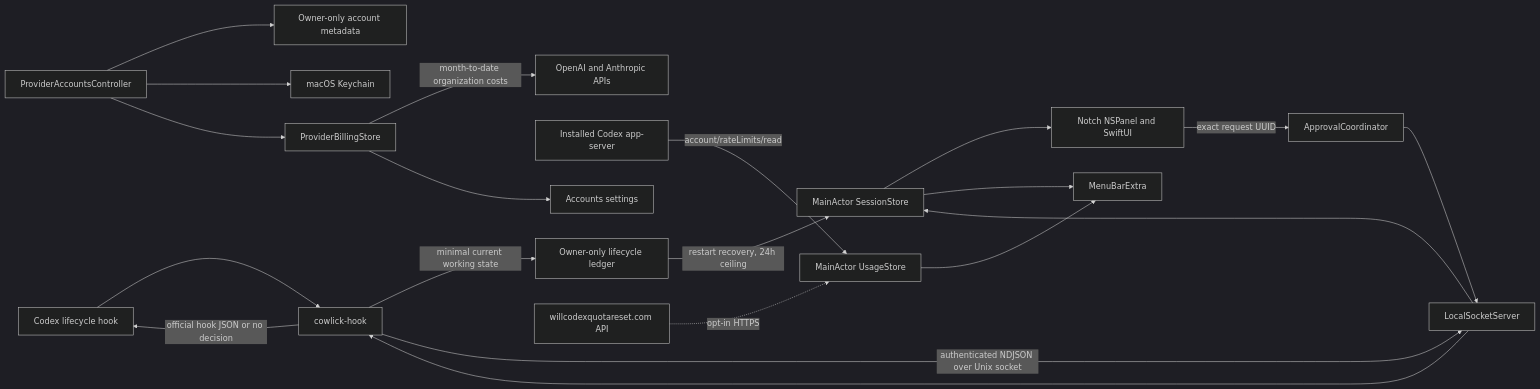
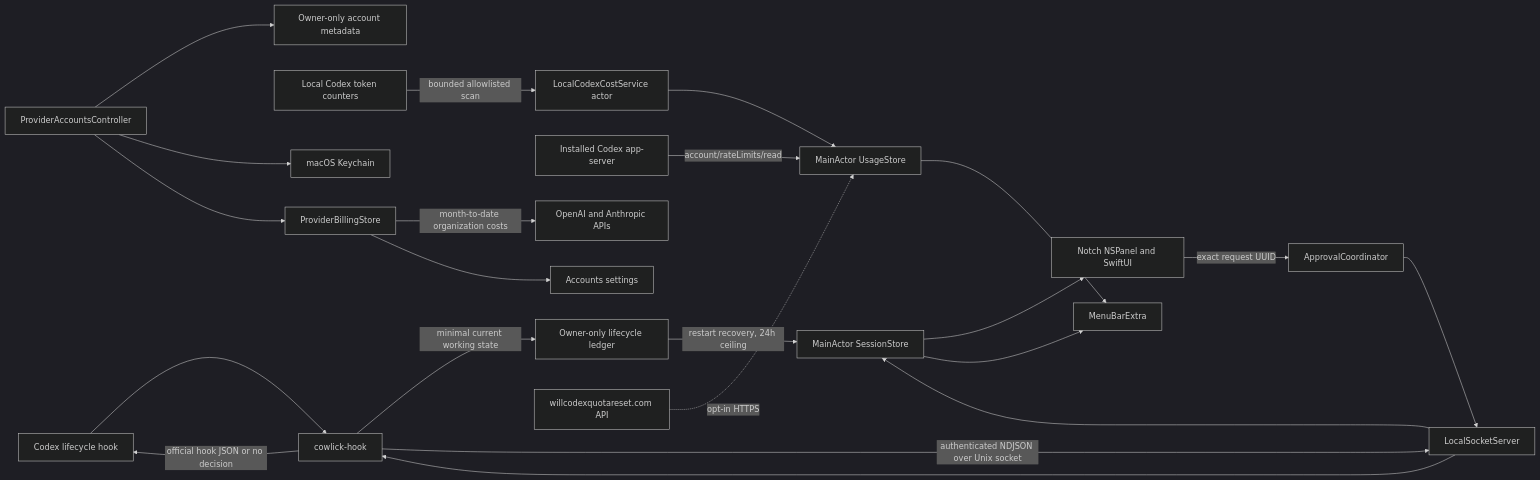
One commit to henryvn27/notchrelay changed the diagram in docs/architecture.md. Above: the diagram before and after it, drawn with Mermaid (dark theme). The commit also changed other lines of this file and 24 other files, not shown here.

````diff
--- a/docs/architecture.md
+++ b/docs/architecture.md
@@ -5,20 +5,22 @@
 ```mermaid
 flowchart LR
     Codex[Codex lifecycle hook] --> Helper[cowlick-hook]
     Helper -->|minimal current working state| Ledger[Owner-only lifecycle ledger]
     Helper -->|authenticated NDJSON over Unix socket| Server[LocalSocketServer]
     Server --> Store[MainActor SessionStore]
     Ledger -->|restart recovery, 24h ceiling| Store
     Store --> Panel[Notch NSPanel and SwiftUI]
     Store --> Menu[MenuBarExtra]
     LocalCodex[Installed Codex app-server] -->|account/rateLimits/read| Usage[MainActor UsageStore]
+    LocalLogs[Local Codex token counters] -->|bounded allowlisted scan| Cost[LocalCodexCostService actor]
+    Cost --> Usage
     Accounts[ProviderAccountsController] --> AccountMetadata[Owner-only account metadata]
     Accounts --> Credentials[macOS Keychain]
     Accounts --> Billing[ProviderBillingStore]
     Billing -->|month-to-date organization costs| ProviderAPIs[OpenAI and Anthropic APIs]
     Billing --> AccountViews[Accounts settings]
     Forecast[willcodexquotareset.com API] -.->|opt-in HTTPS| Usage
     Usage --> Menu
     Panel -->|exact request UUID| Coordinator[ApprovalCoordinator]
     Coordinator --> Server --> Helper -->|official hook JSON or no decision| Codex
 ```
````
